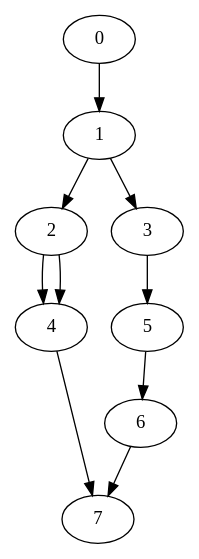
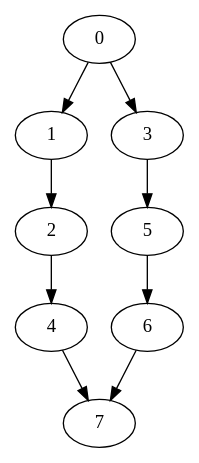
The diagram in dot/graph08a.txt.dot (nox-x/finder), drawn with Graphviz before and after one commit. The commit also changed 23 other files, not shown here.

```diff
--- a/dot/graph08a.txt.dot
+++ b/dot/graph08a.txt.dot
@@ -1,10 +1,10 @@
 digraph G {
-2 -> 4
-0 -> 1 -> 3
+0 -> 1
+0 -> 3
 1 -> 2
 2 -> 4
 3 -> 5
 4 -> 7
 5 -> 6
 6 -> 7
-7}
+}
```
